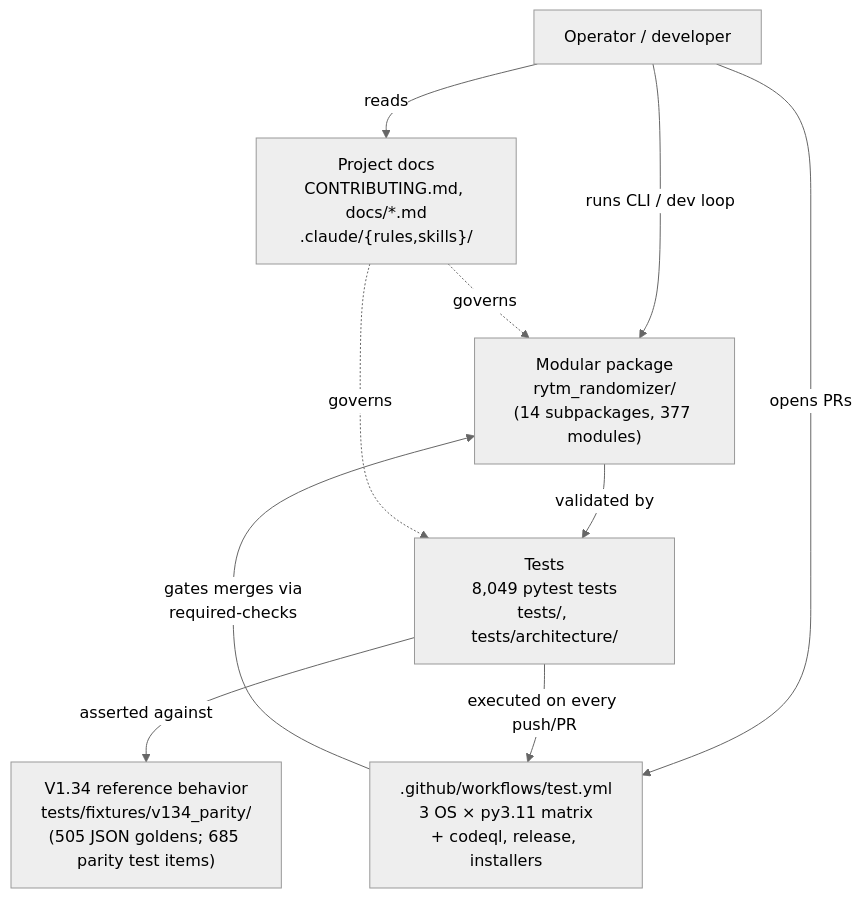
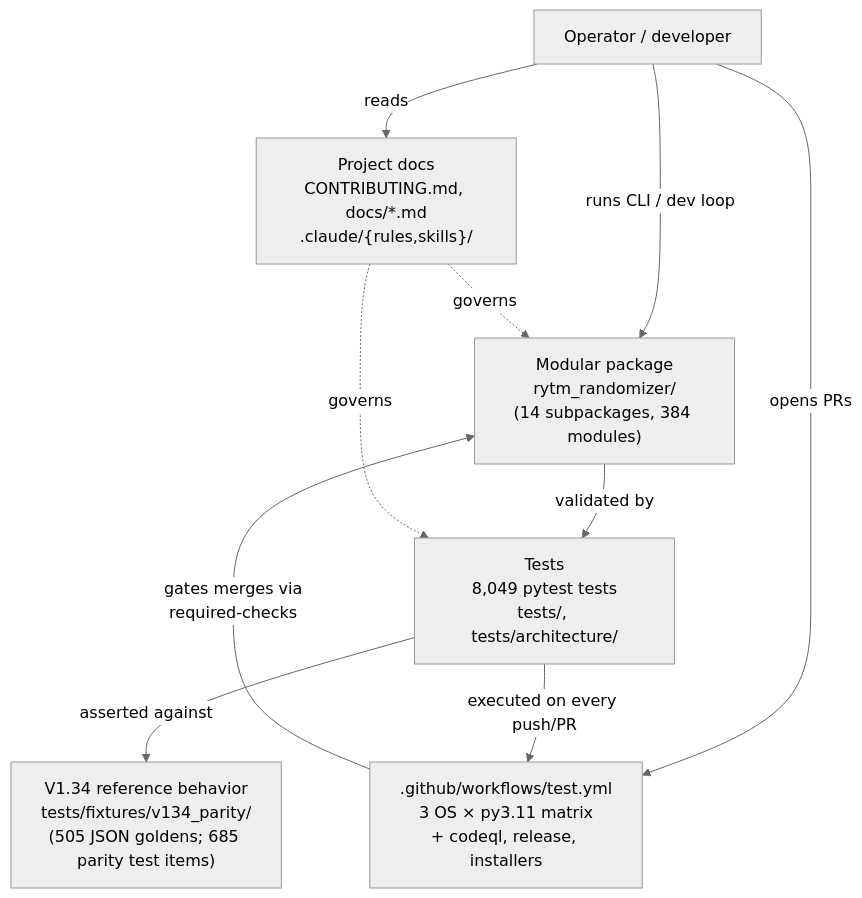
The first of 34 diagrams in docs/ARCHITECTURE_DIAGRAMS.md (buzzijose-hub/RytmRandomizer), drawn with Mermaid (neutral theme) before and after one commit. The commit also changed other lines of this file and 25 other files, not shown here.

````diff
--- a/docs/ARCHITECTURE_DIAGRAMS.md
+++ b/docs/ARCHITECTURE_DIAGRAMS.md
@@ -52,22 +53,22 @@
 ```mermaid
 flowchart TB
     User["Operator / developer"]
     V134["V1.34 reference behavior<br/>tests/fixtures/v134_parity/<br/>(505 JSON goldens; 685 parity test items)"]
-    Package["Modular package<br/>rytm_randomizer/<br/>(14 subpackages, 377 modules)"]
+    Package["Modular package<br/>rytm_randomizer/<br/>(14 subpackages, 384 modules)"]
     Tests["Tests<br/>8,049 pytest tests<br/>tests/, tests/architecture/"]
     CI[".github/workflows/test.yml<br/>3 OS × py3.11 matrix<br/>+ codeql, release, installers"]
     Docs["Project docs<br/>CONTRIBUTING.md, docs/*.md<br/>.claude/{rules,skills}/"]
 
     User -->|"runs CLI / dev loop"| Package
     User -->|"opens PRs"| CI
     User -->|"reads"| Docs
 
     Package -->|"validated by"| Tests
     Tests -->|"asserted against"| V134
     Tests -->|"executed on every push/PR"| CI
 
     CI -->|"gates merges via<br/>required-checks"| Package
 
     Docs -.->|"governs"| Package
     Docs -.->|"governs"| Tests
 ```
````
